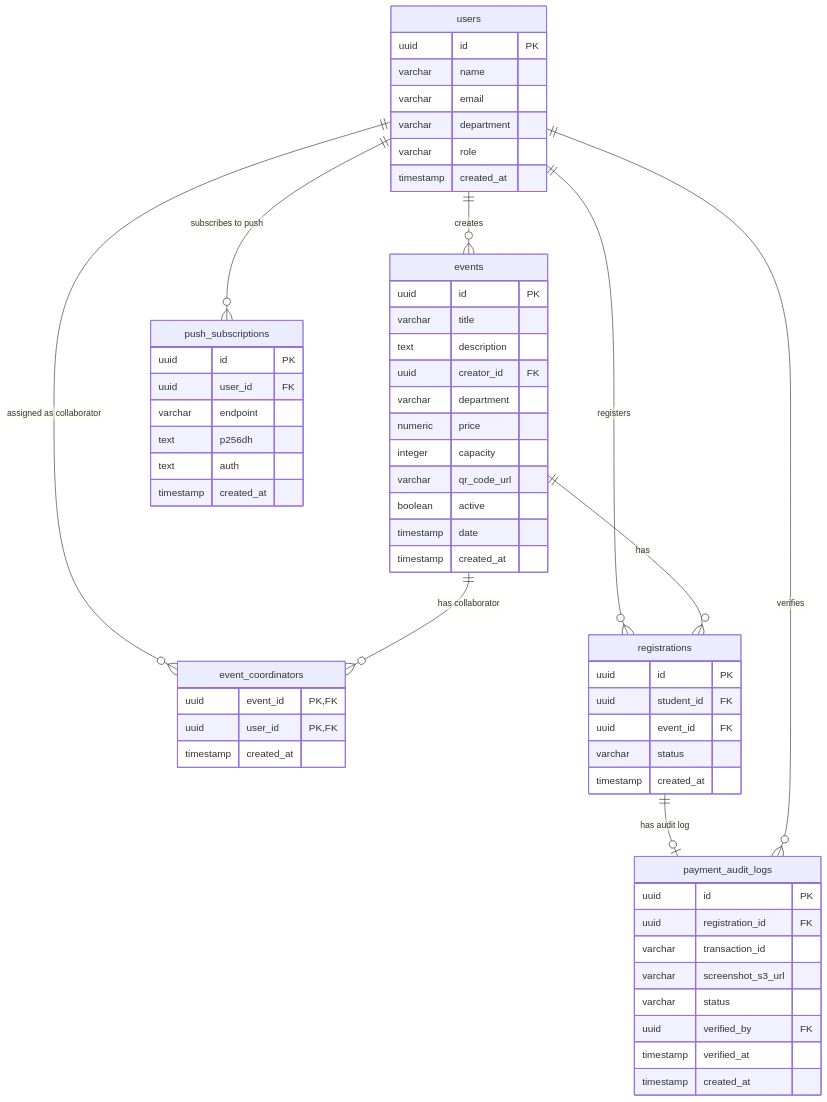
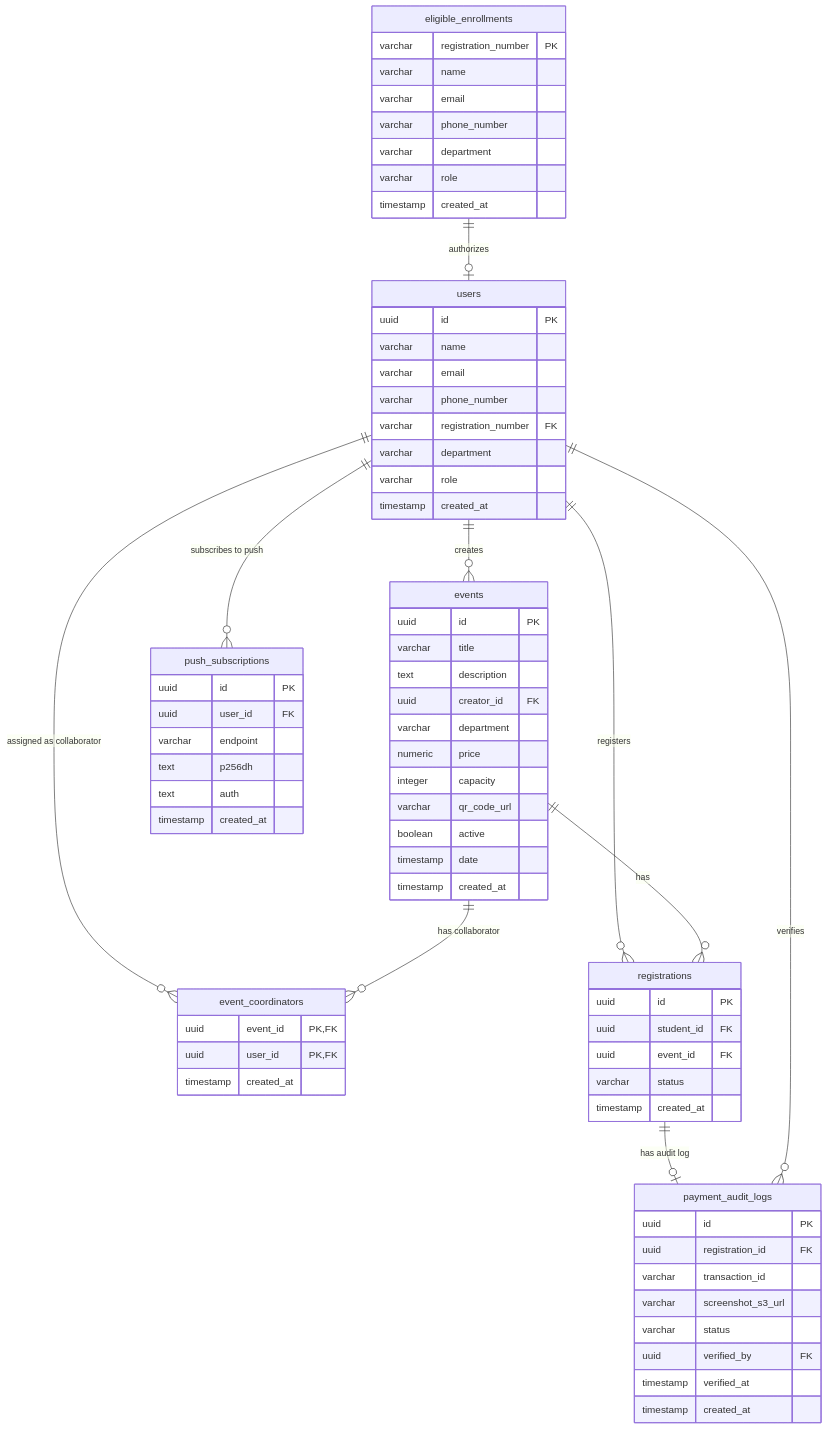
The diagram in docs/lld.md (pec-developers/pec-events-app), drawn with Mermaid before and after one commit. The commit also changed other lines of this file and 17 other files, not shown here.

First line of the commit message:
docs: archive documentation initialization and refine event flow specifications

````diff
--- a/docs/lld.md
+++ b/docs/lld.md
@@ -7,63 +7,75 @@
 ```mermaid
 erDiagram
+    eligible_enrollments {
+        varchar registration_number PK
+        varchar name
+        varchar email
+        varchar phone_number
+        varchar department
+        varchar role
+        timestamp created_at
+    }
     users {
         uuid id PK
         varchar name
         varchar email
+        varchar phone_number
+        varchar registration_number FK
         varchar department
         varchar role
         timestamp created_at
     }
     events {
         uuid id PK
         varchar title
         text description
         uuid creator_id FK
         varchar department
         numeric price
         integer capacity
         varchar qr_code_url
         boolean active
         timestamp date
         timestamp created_at
     }
     event_coordinators {
         uuid event_id PK, FK
         uuid user_id PK, FK
         timestamp created_at
     }
     registrations {
         uuid id PK
         uuid student_id FK
         uuid event_id FK
         varchar status
         timestamp created_at
     }
     payment_audit_logs {
         uuid id PK
         uuid registration_id FK
         varchar transaction_id
         varchar screenshot_s3_url
         varchar status
         uuid verified_by FK
         timestamp verified_at
         timestamp created_at
     }
     push_subscriptions {
         uuid id PK
         uuid user_id FK
         varchar endpoint
         text p256dh
         text auth
         timestamp created_at
     }
 
+    eligible_enrollments ||--o| users : "authorizes"
     users ||--o{ events : "creates"
     users ||--o{ event_coordinators : "assigned as collaborator"
     events ||--o{ event_coordinators : "has collaborator"
     users ||--o{ registrations : "registers"
     events ||--o{ registrations : "has"
     registrations ||--o| payment_audit_logs : "has audit log"
     users ||--o{ payment_audit_logs : "verifies"
     users ||--o{ push_subscriptions : "subscribes to push"
 ```
````
